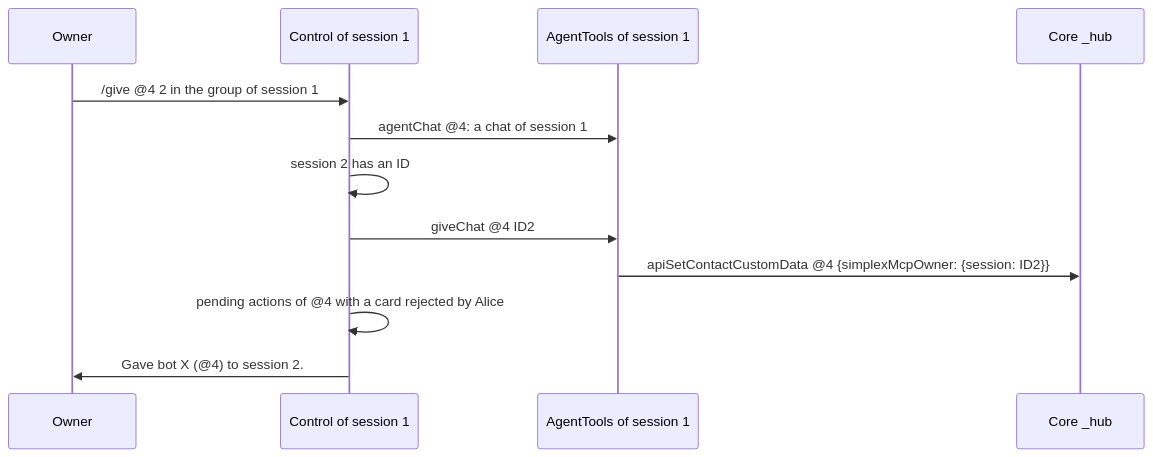
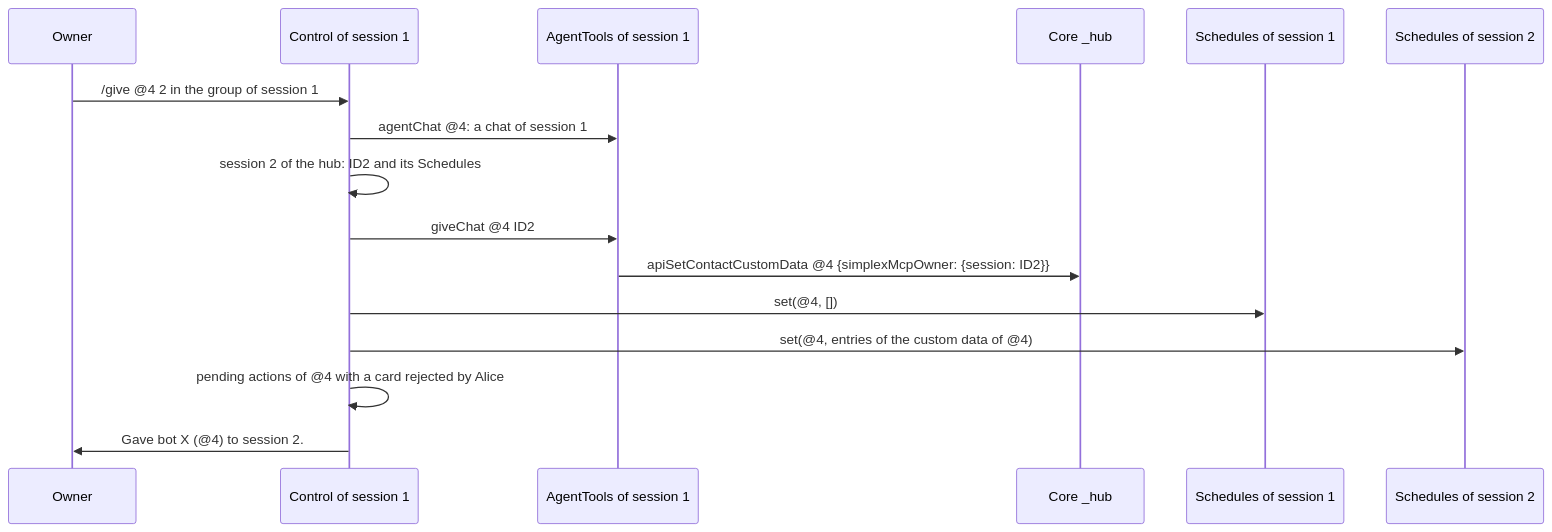
Diagram 24 of 32 in packages/simplex-chat-mcp/spec/flows.md (simplex-chat/simplex-chat), drawn with Mermaid before and after one commit. The commit also changed other lines of this file and 8 other files, not shown here.

First line of the commit message:
mcp server: move a chat's schedules to the receiving session at /give

````diff
--- a/packages/simplex-chat-mcp/spec/flows.md
+++ b/packages/simplex-chat-mcp/spec/flows.md
@@ -1134,14 +1134,18 @@
 ```mermaid
 sequenceDiagram
   participant O as Owner
   participant K as Control of session 1
   participant T as AgentTools of session 1
   participant C as Core _hub
+  participant Q1 as Schedules of session 1
+  participant Q2 as Schedules of session 2
   O->>K: /give @4 2 in the group of session 1
   K->>T: agentChat @4: a chat of session 1
-  K->>K: session 2 has an ID
+  K->>K: session 2 of the hub: ID2 and its Schedules
   K->>T: giveChat @4 ID2
   T->>C: apiSetContactCustomData @4 {simplexMcpOwner: {session: ID2}}
+  K->>Q1: set(@4, [])
+  K->>Q2: set(@4, entries of the custom data of @4)
   K->>K: pending actions of @4 with a card rejected by Alice
   K->>O: Gave bot X (@4) to session 2.
 ```
````
